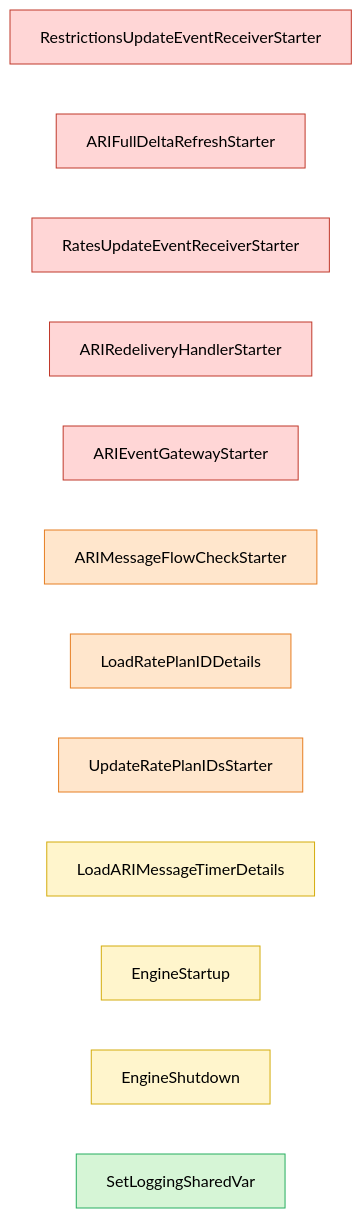
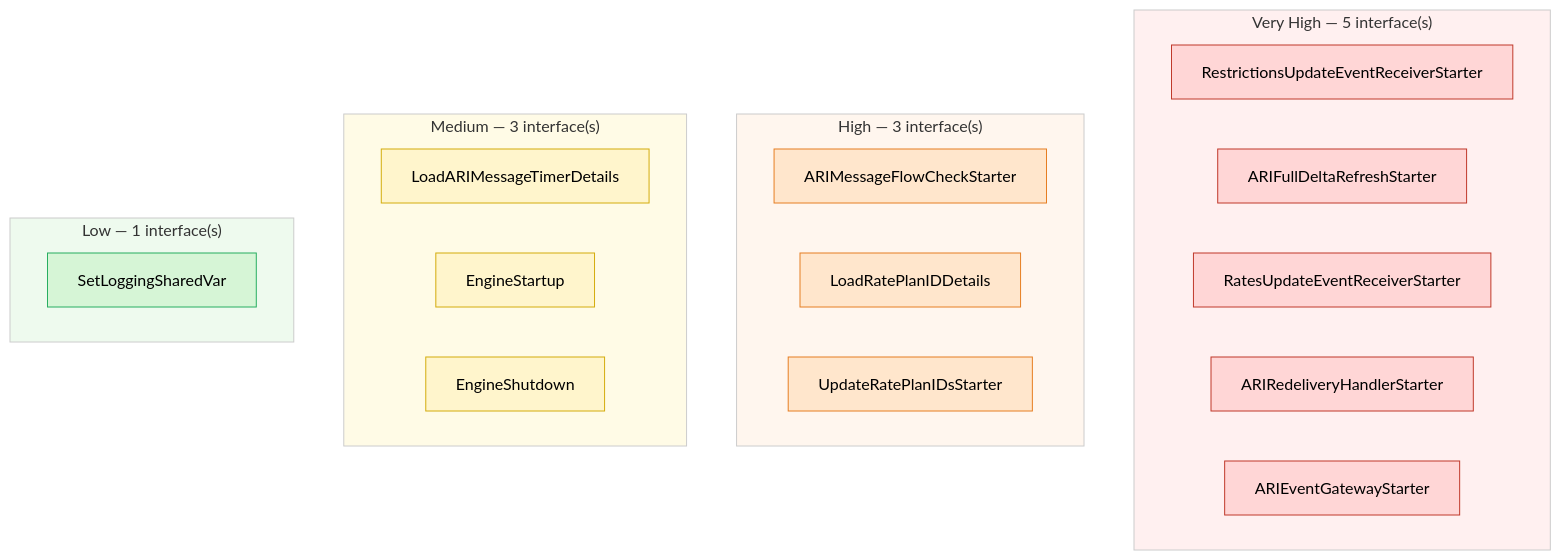
The first of 2 diagrams in overall_scope_BW5.md (xpuneet/Pers), drawn with Mermaid before and after one commit. The commit also changed other lines of this file, not shown here.

Commit message:
Add files via upload
w

````diff
--- a/overall_scope_BW5.md
+++ b/overall_scope_BW5.md
@@ -127,20 +127,36 @@
 ```mermaid
-flowchart LR
-  I0_RestrictionsUpdateEventReceiverStarter["RestrictionsUpdateEventReceiverStarter"]:::vhigh
-  I1_ARIFullDeltaRefreshStarter["ARIFullDeltaRefreshStarter"]:::vhigh
-  I2_RatesUpdateEventReceiverStarter["RatesUpdateEventReceiverStarter"]:::vhigh
-  I3_ARIRedeliveryHandlerStarter["ARIRedeliveryHandlerStarter"]:::vhigh
-  I4_ARIEventGatewayStarter["ARIEventGatewayStarter"]:::vhigh
-  I5_ARIMessageFlowCheckStarter["ARIMessageFlowCheckStarter"]:::high
-  I6_LoadRatePlanIDDetails["LoadRatePlanIDDetails"]:::high
-  I7_UpdateRatePlanIDsStarter["UpdateRatePlanIDsStarter"]:::high
-  I8_LoadARIMessageTimerDetails["LoadARIMessageTimerDetails"]:::medium
-  I9_EngineStartup["EngineStartup"]:::medium
-  I10_EngineShutdown["EngineShutdown"]:::medium
-  I11_SetLoggingSharedVar["SetLoggingSharedVar"]:::low
+flowchart TB
+  subgraph BAND_vhigh["Very High — 5 interface(s)"]
+    direction LR
+    I0_RestrictionsUpdateEventReceiverStarter["RestrictionsUpdateEventReceiverStarter"]:::vhigh
+    I1_ARIFullDeltaRefreshStarter["ARIFullDeltaRefreshStarter"]:::vhigh
+    I2_RatesUpdateEventReceiverStarter["RatesUpdateEventReceiverStarter"]:::vhigh
+    I3_ARIRedeliveryHandlerStarter["ARIRedeliveryHandlerStarter"]:::vhigh
+    I4_ARIEventGatewayStarter["ARIEventGatewayStarter"]:::vhigh
+  end
+  subgraph BAND_high["High — 3 interface(s)"]
+    direction LR
+    I5_ARIMessageFlowCheckStarter["ARIMessageFlowCheckStarter"]:::high
+    I6_LoadRatePlanIDDetails["LoadRatePlanIDDetails"]:::high
+    I7_UpdateRatePlanIDsStarter["UpdateRatePlanIDsStarter"]:::high
+  end
+  subgraph BAND_medium["Medium — 3 interface(s)"]
+    direction LR
+    I8_LoadARIMessageTimerDetails["LoadARIMessageTimerDetails"]:::medium
+    I9_EngineStartup["EngineStartup"]:::medium
+    I10_EngineShutdown["EngineShutdown"]:::medium
+  end
+  subgraph BAND_low["Low — 1 interface(s)"]
+    direction LR
+    I11_SetLoggingSharedVar["SetLoggingSharedVar"]:::low
+  end
   classDef vhigh fill:#ffd6d6,stroke:#c0392b,color:#000;
   classDef high fill:#ffe6cc,stroke:#e67e22,color:#000;
   classDef medium fill:#fff5cc,stroke:#d4ac0d,color:#000;
   classDef low fill:#d6f5d6,stroke:#27ae60,color:#000;
   classDef unrated fill:#eeeeee,stroke:#888888,color:#000;
+  style BAND_vhigh fill:#fff0f0,stroke:#cccccc;
+  style BAND_high fill:#fff6ee,stroke:#cccccc;
+  style BAND_medium fill:#fffbe6,stroke:#cccccc;
+  style BAND_low fill:#eefaee,stroke:#cccccc;
 ```
````
